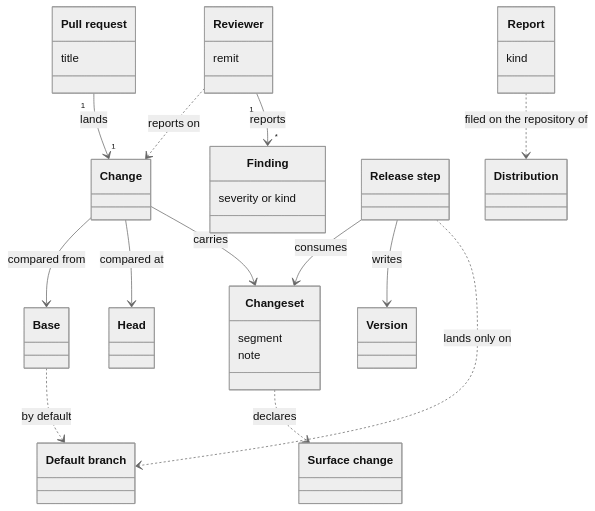
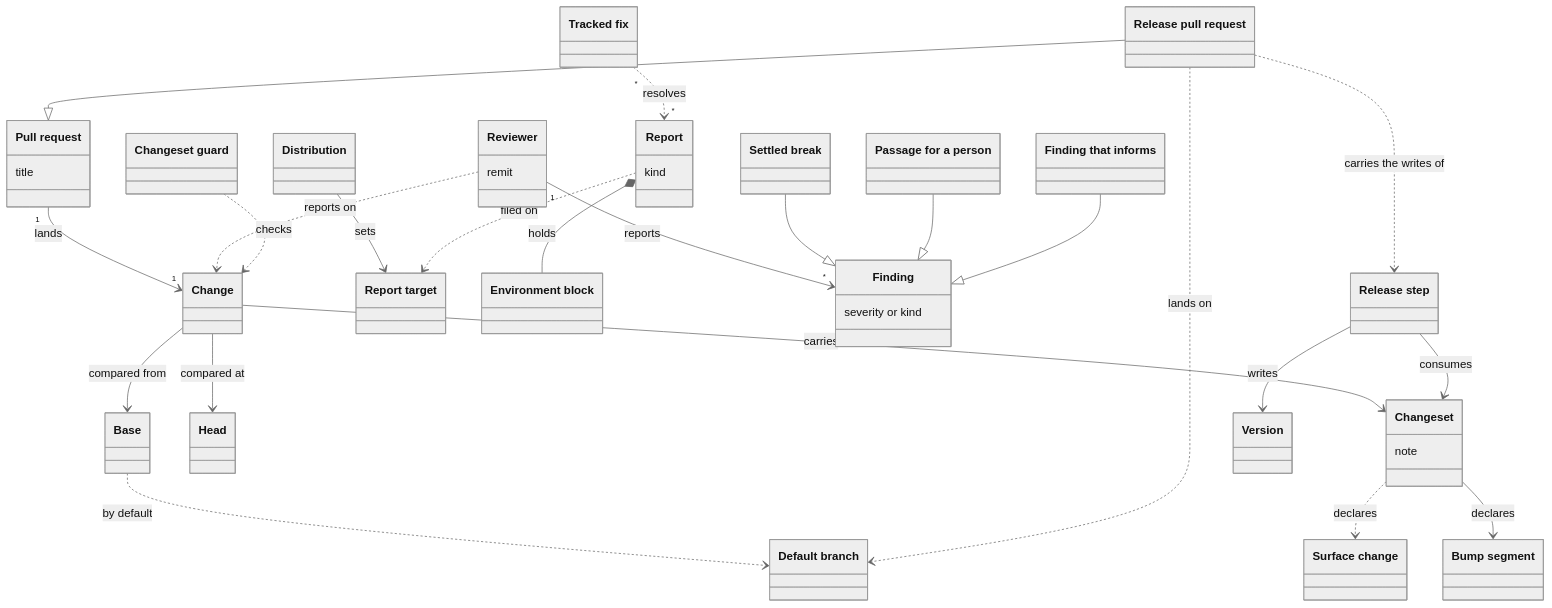
The first of 2 diagrams in tech-docs/analysis/core/domain-model/060-changes-review-and-releases.md (aleskalfas/project-kit), drawn with Mermaid (neutral theme) before and after one commit. The commit also changed other lines of this file and 7 other files, not shown here.

````diff
--- a/tech-docs/analysis/core/domain-model/060-changes-review-and-releases.md
+++ b/tech-docs/analysis/core/domain-model/060-changes-review-and-releases.md
@@ -53,36 +74,54 @@
 ```mermaid
 classDiagram
   accTitle: Changes, review and releases
-  accDescr: A pull request lands one change on its target branch. A check compares the change's head with its base, by default the default branch. A reviewer reports findings on a draft or a change. A change declares a surface change in a changeset. The release step consumes the pending changesets, writes new versions and lands only on the default branch. A report is filed on the repository of a distribution.
+  accDescr: A pull request lands one change on its target branch. A check compares the change's head with its base, by default the default branch. A reviewer reports findings on a draft or a change. A settled break, a passage for a person and a finding that informs are findings of a reviewer. A change declares a surface change in a changeset, which declares a bump segment, and the changeset guard checks the change. The release step consumes the pending changesets and writes new versions. A release pull request, a pull request, carries its writes onto the default branch. A distribution sets a report target, and a report is filed on it. A report holds an environment block, and tracked fixes resolve it.
   class Change["Change"]
   class PullRequest["Pull request"]
   PullRequest : title
   class Base["Base"]
   class Head["Head"]
   class DefaultBranch["Default branch"]
   class Report["Report"]
   Report : kind
+  class ReportTarget["Report target"]
+  class TrackedFix["Tracked fix"]
+  class EnvironmentBlock["Environment block"]
   class Reviewer["Reviewer"]
   Reviewer : remit
   class Finding["Finding"]
   Finding : severity or kind
+  class SettledBreak["Settled break"]
+  class PassageForAPerson["Passage for a person"]
+  class FindingThatInforms["Finding that informs"]
   class SurfaceChange["Surface change"]
   class Changeset["Changeset"]
-  Changeset : segment
   Changeset : note
+  class BumpSegment["Bump segment"]
+  class ChangesetGuard["Changeset guard"]
   class ReleaseStep["Release step"]
+  class ReleasePullRequest["Release pull request"]
   class Version["Version"]
   class Distribution["Distribution"]
   PullRequest "1" --> "1" Change : lands
   Change --> Base : compared from
   Change --> Head : compared at
   Base ..> DefaultBranch : by default
   Reviewer ..> Change : reports on
   Reviewer "1" --> "*" Finding : reports
+  SettledBreak --|> Finding
+  PassageForAPerson --|> Finding
+  FindingThatInforms --|> Finding
   Change --> Changeset : carries
   Changeset ..> SurfaceChange : declares
+  Changeset --> BumpSegment : declares
+  ChangesetGuard ..> Change : checks
   ReleaseStep --> Changeset : consumes
   ReleaseStep --> Version : writes
-  ReleaseStep ..> DefaultBranch : lands only on
-  Report ..> Distribution : filed on the repository of
+  ReleasePullRequest --|> PullRequest
+  ReleasePullRequest ..> ReleaseStep : carries the writes of
+  ReleasePullRequest ..> DefaultBranch : lands on
+  Distribution --> ReportTarget : sets
+  Report ..> ReportTarget : filed on
+  Report *-- EnvironmentBlock : holds
+  TrackedFix "*" ..> "*" Report : resolves
 ```
````
